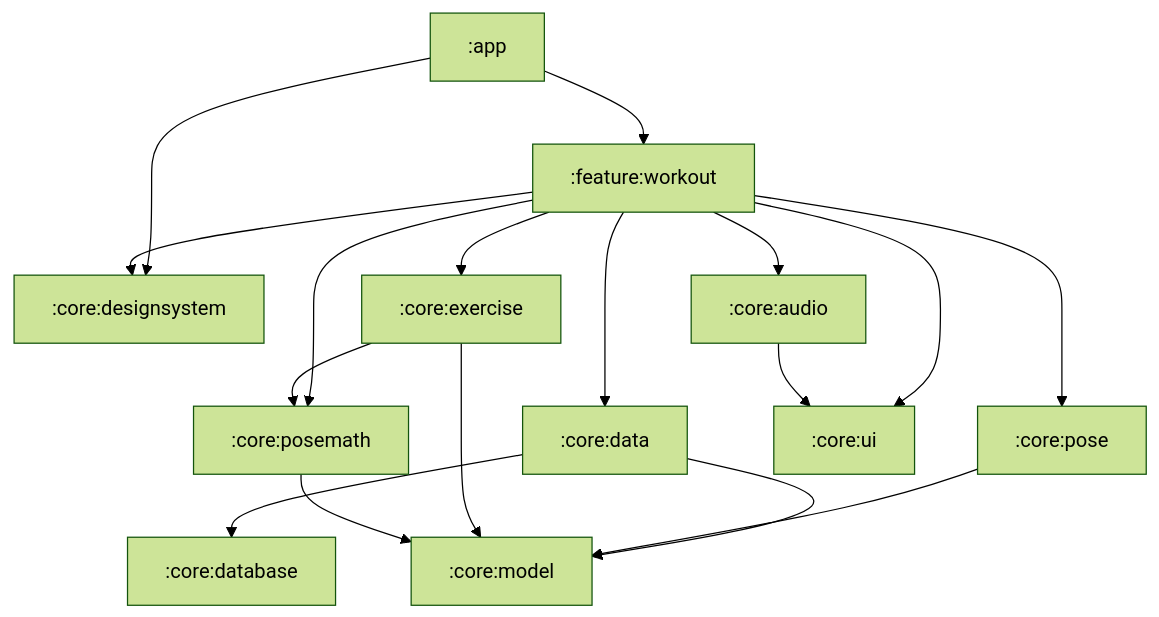
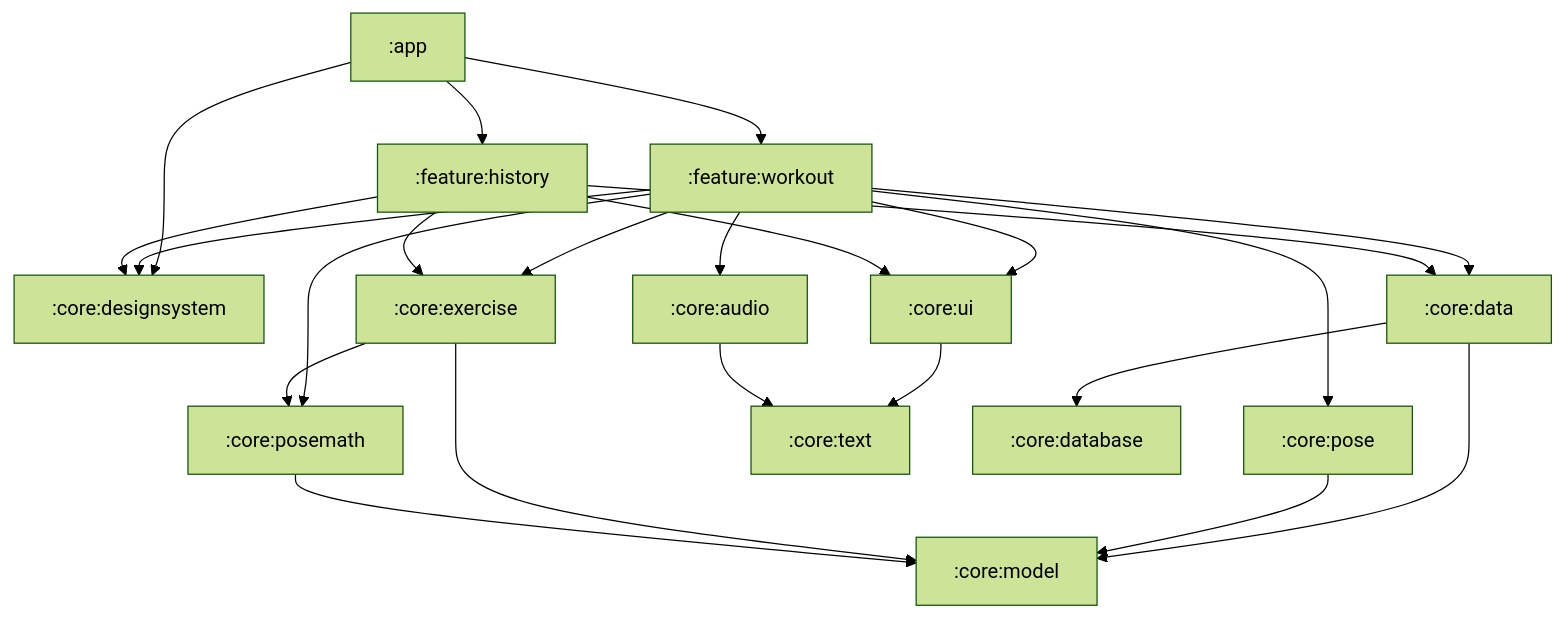
The second of 2 diagrams in README.md (AdamSzL/replens), drawn with Mermaid (forest theme) before and after one commit. The commit also changed other lines of this file and 2 other files, not shown here.

````diff
--- a/README.md
+++ b/README.md
@@ -81,19 +91,25 @@
 ```mermaid
 flowchart TD
     app[":app"] --> workout[":feature:workout"]
+    app --> history[":feature:history"]
     app --> ds[":core:designsystem"]
     workout --> ds
     workout --> pose[":core:pose"]
     workout --> exercise[":core:exercise"]
     workout --> data[":core:data"]
     workout --> audio[":core:audio"]
     workout --> posemath[":core:posemath"]
     workout --> ui[":core:ui"]
-    audio --> ui
+    history --> ds
+    history --> data
+    history --> exercise
+    history --> ui
+    ui --> text[":core:text"]
+    audio --> text
     data --> database[":core:database"]
     data --> model[":core:model"]
     pose --> model
     exercise --> model
     exercise --> posemath
     posemath --> model
 ```
````
